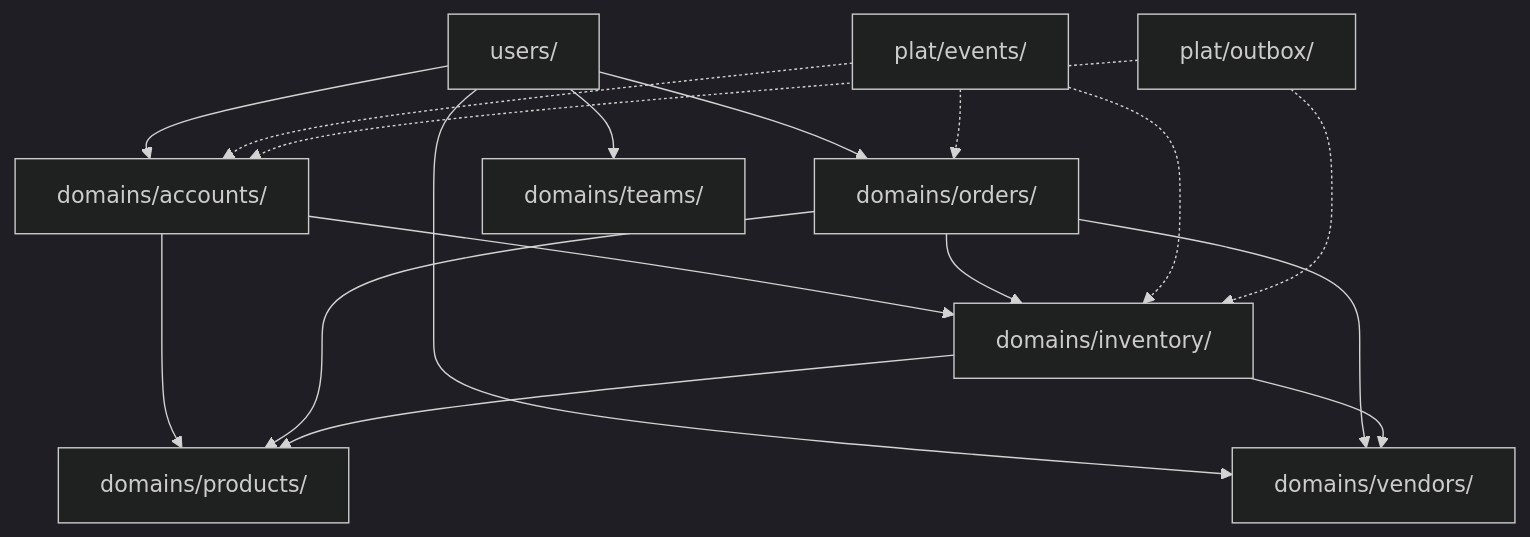
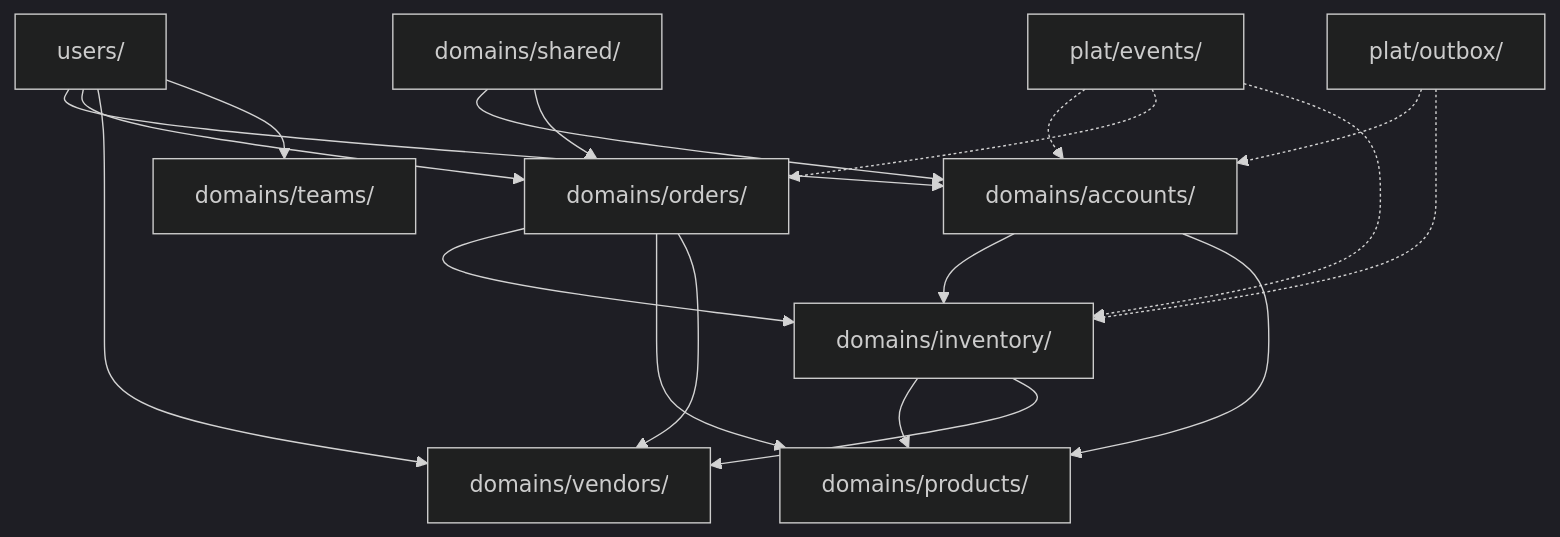
Before and after one commit to kurostaff-s2/kungos-wiki: the diagram in Kung_OS/architecture/domain_architecture.md, drawn with Mermaid (dark theme). The commit also changed other lines of this file and 51 other files, not shown here.

````diff
--- a/Kung_OS/architecture/domain_architecture.md
+++ b/Kung_OS/architecture/domain_architecture.md
@@ -194,24 +195,27 @@
 ```mermaid
 graph TD
     A[users/] --> B[domains/accounts/]
     A --> C[domains/orders/]
     A --> D[domains/vendors/]
     A --> E[domains/teams/]
     
     B --> F[domains/inventory/]
     B --> G[domains/products/]
     
     C --> F
     C --> G
     C --> D
     
     F --> G
     F --> D
     
     H[plat/events/] -.-> B
     H -.-> C
     H -.-> F
     
     I[plat/outbox/] -.-> B
     I -.-> F
+    
+    J[domains/shared/] --> B
+    J --> C
 ```
````
